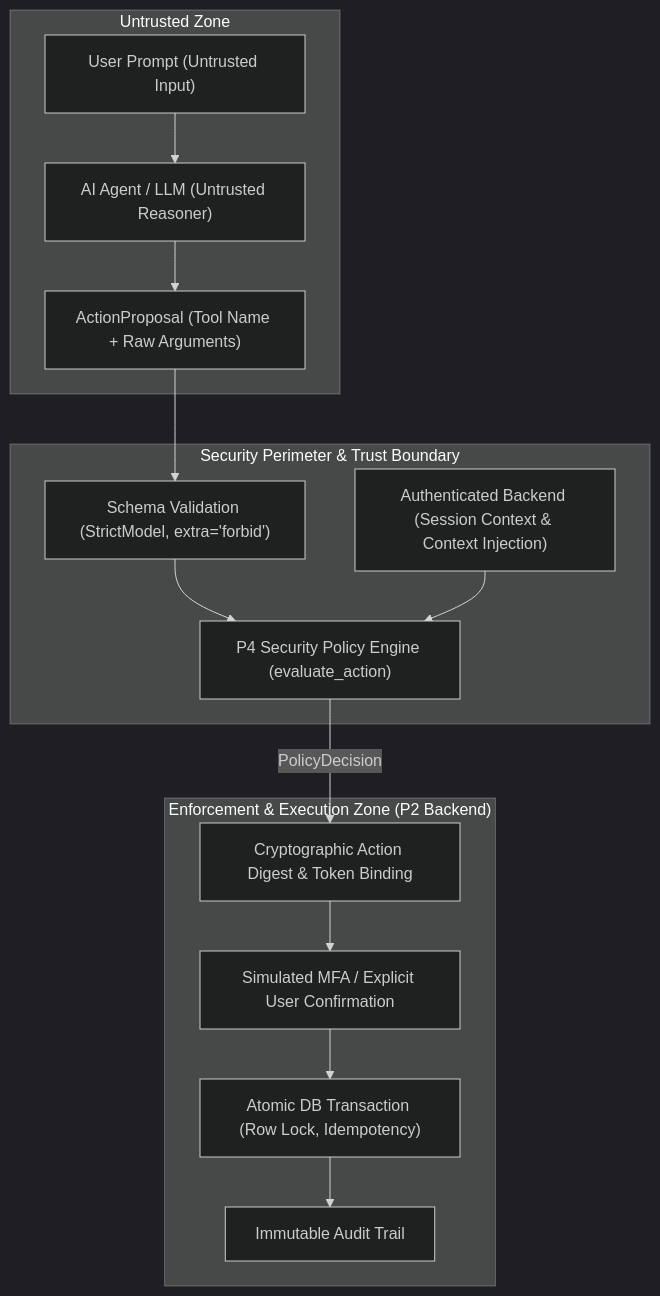
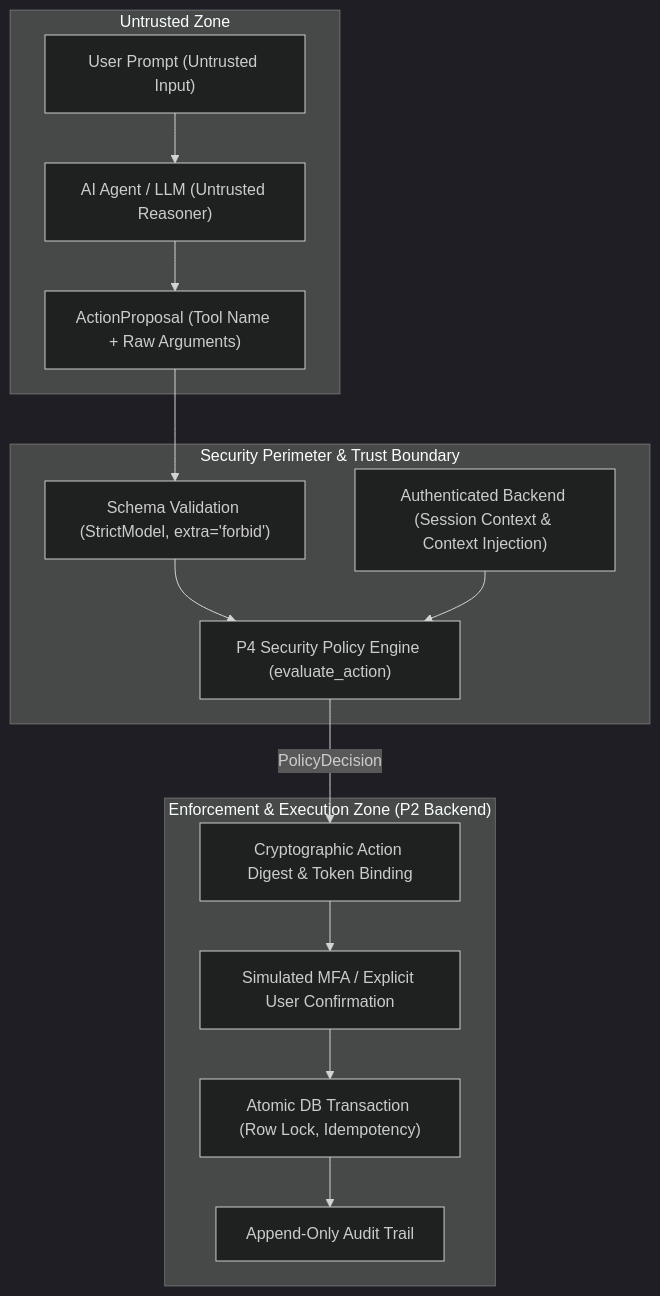
One commit to fvia88/ai-banking-agent changed the first of 2 diagrams in docs/security/threat_model.md. Above: the diagram before and after it, drawn with Mermaid (dark theme). The commit also changed other lines of this file and 3 other files, not shown here.

````diff
--- a/docs/security/threat_model.md
+++ b/docs/security/threat_model.md
@@ -15,30 +15,30 @@
 ```mermaid
 flowchart TD
     subgraph UntrustedZone["Untrusted Zone"]
         UserPrompt["User Prompt (Untrusted Input)"]
         LLM["AI Agent / LLM (Untrusted Reasoner)"]
         UserPrompt --> LLM
         LLM --> ActionProposal["ActionProposal (Tool Name + Raw Arguments)"]
     end
 
     subgraph TrustBoundary["Security Perimeter & Trust Boundary"]
         BackendContext["Authenticated Backend (Session Context & Context Injection)"]
         Validation["Schema Validation (StrictModel, extra='forbid')"]
         PolicyEngine["P4 Security Policy Engine (evaluate_action)"]
     end
 
     subgraph EnforcementZone["Enforcement & Execution Zone (P2 Backend)"]
         ApprovalToken["Cryptographic Action Digest & Token Binding"]
         UserMFA["Simulated MFA / Explicit User Confirmation"]
         DBExecution["Atomic DB Transaction (Row Lock, Idempotency)"]
-        AuditLog["Immutable Audit Trail"]
+        AuditLog["Append-Only Audit Trail"]
     end
 
     ActionProposal --> Validation
     Validation --> PolicyEngine
     BackendContext --> PolicyEngine
     PolicyEngine -->|PolicyDecision| ApprovalToken
     ApprovalToken --> UserMFA
     UserMFA --> DBExecution
     DBExecution --> AuditLog
 ```
````
